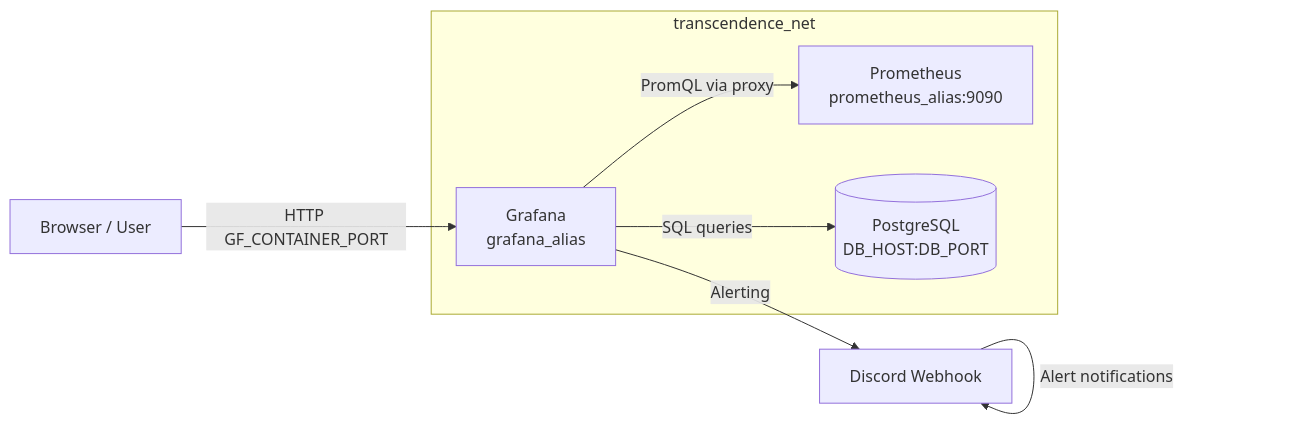
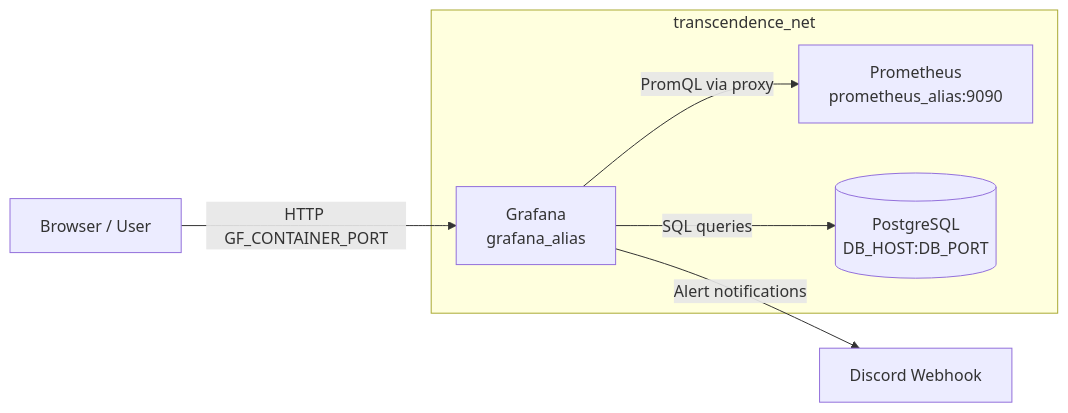
One commit to BlasLezo1741/TRANSCENDENCE changed the first of 5 diagrams in srcs/grafana/doc/GRAFANA_DOCUMENTATION.md. Above: the diagram before and after it, drawn with Mermaid. The commit also changed other lines of this file and 10 other files, not shown here.

````diff
--- a/srcs/grafana/doc/GRAFANA_DOCUMENTATION.md
+++ b/srcs/grafana/doc/GRAFANA_DOCUMENTATION.md
@@ -11,14 +21,13 @@
 ```mermaid
 graph LR
     subgraph transcendence_net
         P[Prometheus\nprometheus_alias:9090]
         DB[(PostgreSQL\nDB_HOST:DB_PORT)]
         G[Grafana\ngrafana_alias]
     end
 
+    U[Browser / User] -->|HTTP GF_CONTAINER_PORT| G
     G -->|PromQL via proxy| P
     G -->|SQL queries| DB
-    U[Browser / User] -->|HTTP GF_CONTAINER_PORT| G
-    A[Discord Webhook] -->|Alert notifications| A
-    G -->|Alerting| A
+    G -->|Alert notifications| A[Discord Webhook]
 ```
````
